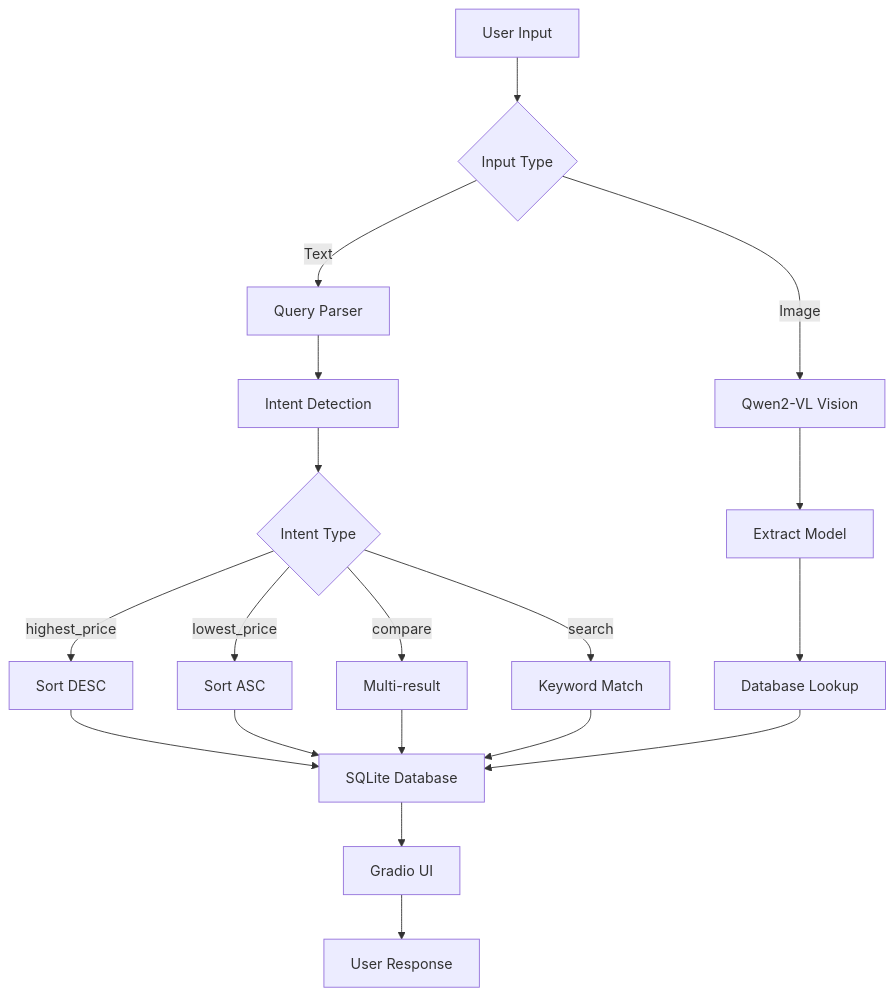
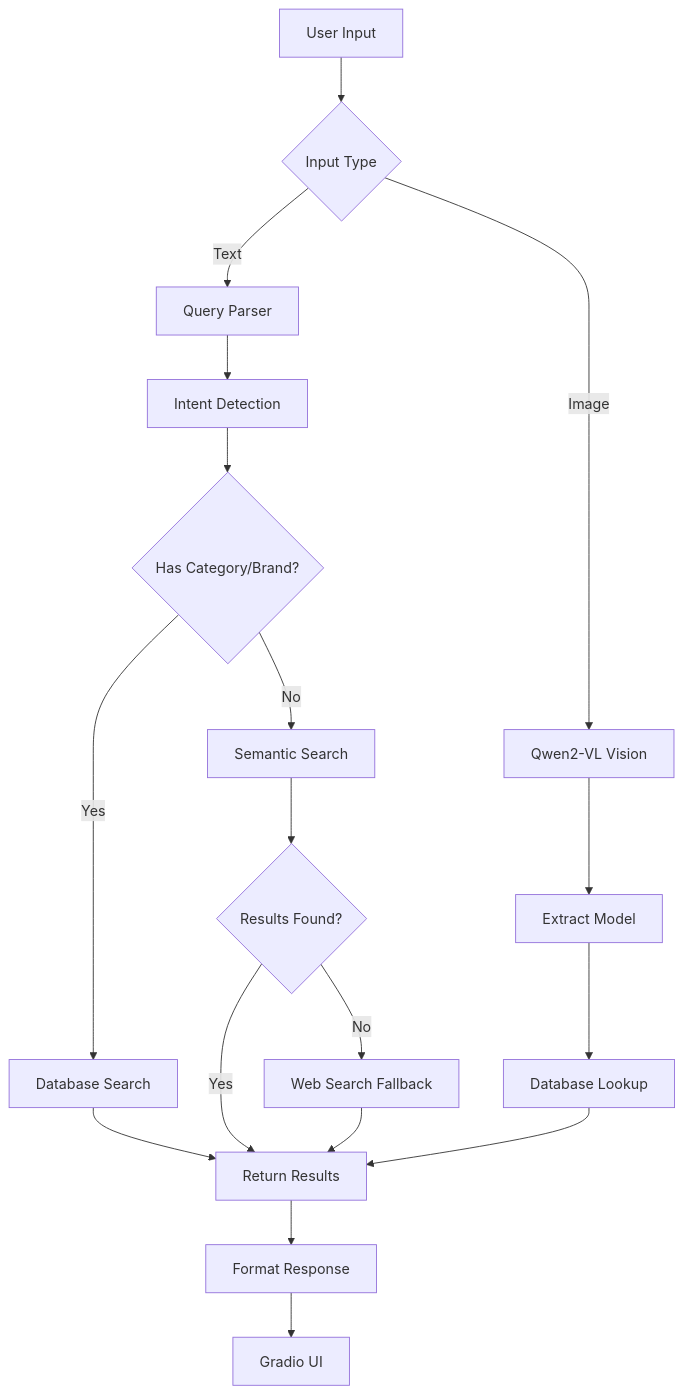
One commit to nguyencongtuyenlp/vivohome-ai-assistant- changed the diagram in README.md. Above: the diagram before and after it, drawn with Mermaid. The commit also changed other lines of this file and 1 other file, not shown here.

````diff
--- a/README.md
+++ b/README.md
@@ -194,25 +211,25 @@
 ```mermaid
 graph TB
     A[User Input] --> B{Input Type}
     B -->|Text| C[Query Parser]
     B -->|Image| D[Qwen2-VL Vision]
     
     C --> E[Intent Detection]
-    E --> F{Intent Type}
-    F -->|highest_price| G[Sort DESC]
-    F -->|lowest_price| H[Sort ASC]
-    F -->|compare| I[Multi-result]
-    F -->|search| J[Keyword Match]
+    E --> F{Has Category/Brand?}
+    F -->|Yes| G[Database Search]
+    F -->|No| H[Semantic Search]
     
-    D --> K[Extract Model]
-    K --> L[Database Lookup]
+    H --> I{Results Found?}
+    I -->|Yes| J[Return Results]
+    I -->|No| K[Web Search Fallback]
     
-    G --> M[SQLite Database]
-    H --> M
-    I --> M
-    J --> M
-    L --> M
+    D --> L[Extract Model]
+    L --> M[Database Lookup]
     
-    M --> N[Gradio UI]
-    N --> O[User Response]
+    G --> J
+    M --> J
+    K --> J
+    
+    J --> N[Format Response]
+    N --> O[Gradio UI]
 ```
````
